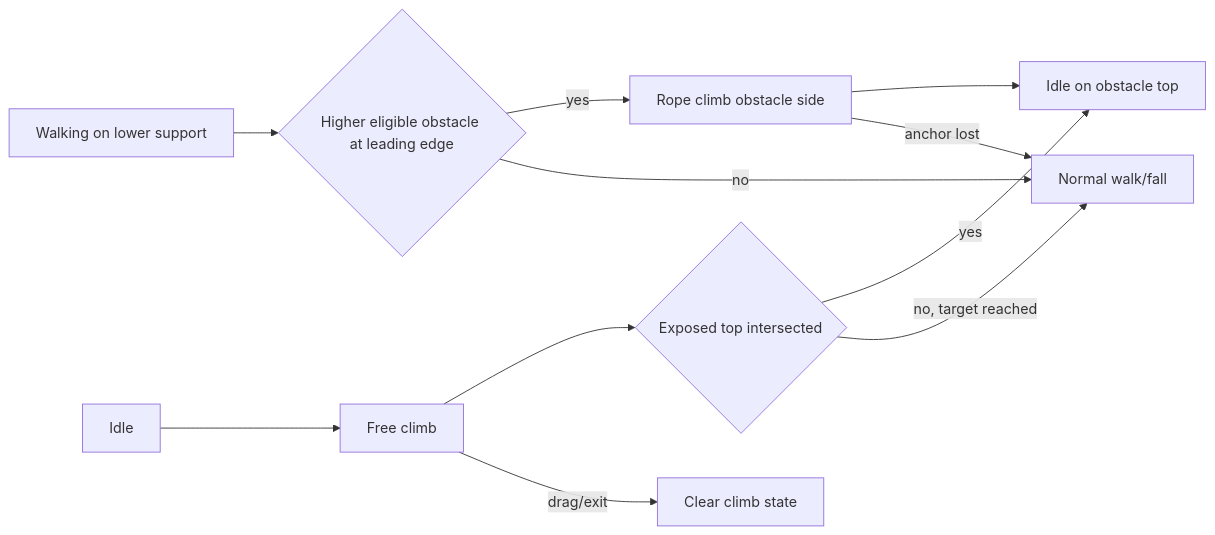
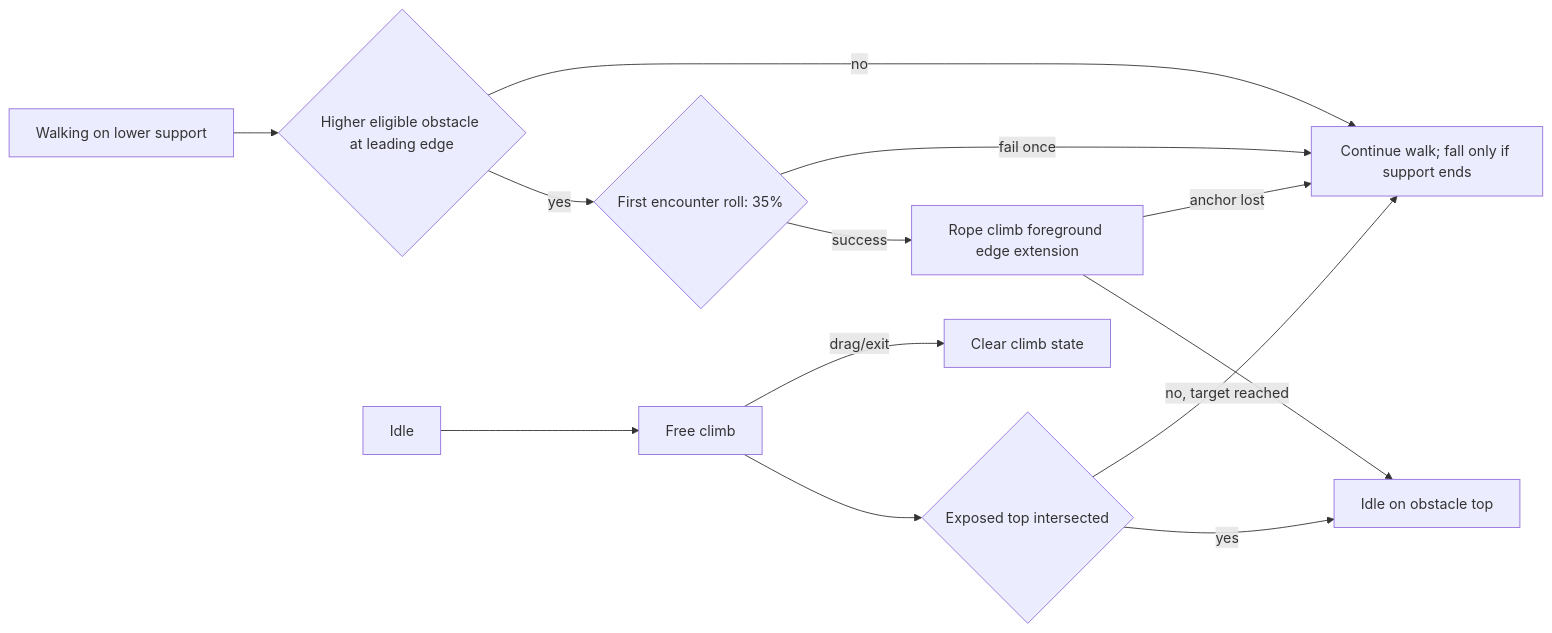
Before and after one commit to JJHbrams/win-overlay: the first of 3 diagrams in docs/design/0008-window-climbing-behaviors.md, drawn with Mermaid. The commit also changed other lines of this file and 7 other files, not shown here.

Commit message:
fix: trigger rope climb at foreground edges

````diff
--- a/docs/design/0008-window-climbing-behaviors.md
+++ b/docs/design/0008-window-climbing-behaviors.md
@@ -48,13 +49,15 @@
 ```mermaid
 flowchart LR
   W["Walking on lower support"] --> E{"Higher eligible obstacle at leading edge"}
-  E -->|yes| R["Rope climb obstacle side"]
-  E -->|no| F["Normal walk/fall"]
+  E -->|yes| P{"First encounter roll: 35%"}
+  P -->|success| R["Rope climb foreground edge extension"]
+  P -->|fail once| F["Continue walk; fall only if support ends"]
+  E -->|no| F
   I["Idle"] --> C["Free climb"]
   R --> L["Idle on obstacle top"]
   C --> T{"Exposed top intersected"}
   T -->|yes| L
   T -->|no, target reached| F
   R -->|anchor lost| F
   C -->|drag/exit| X["Clear climb state"]
 ```
````
